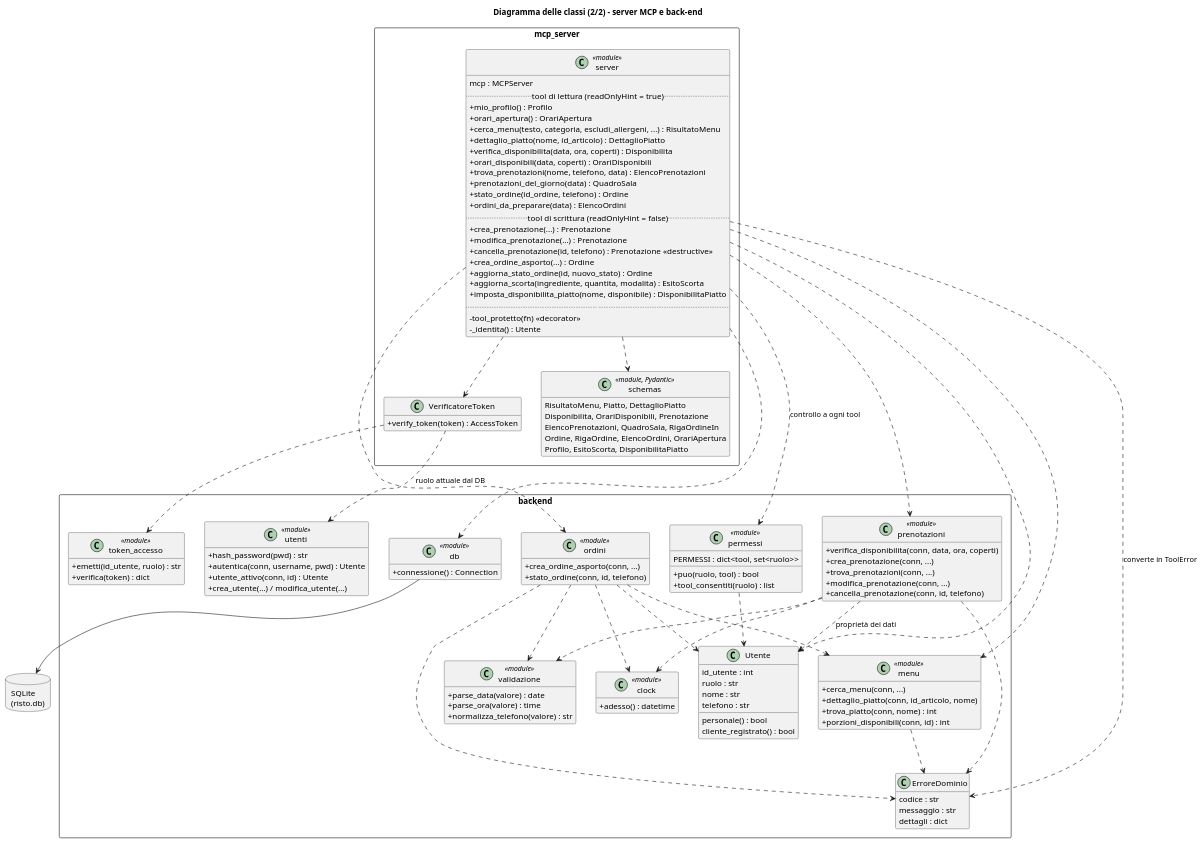
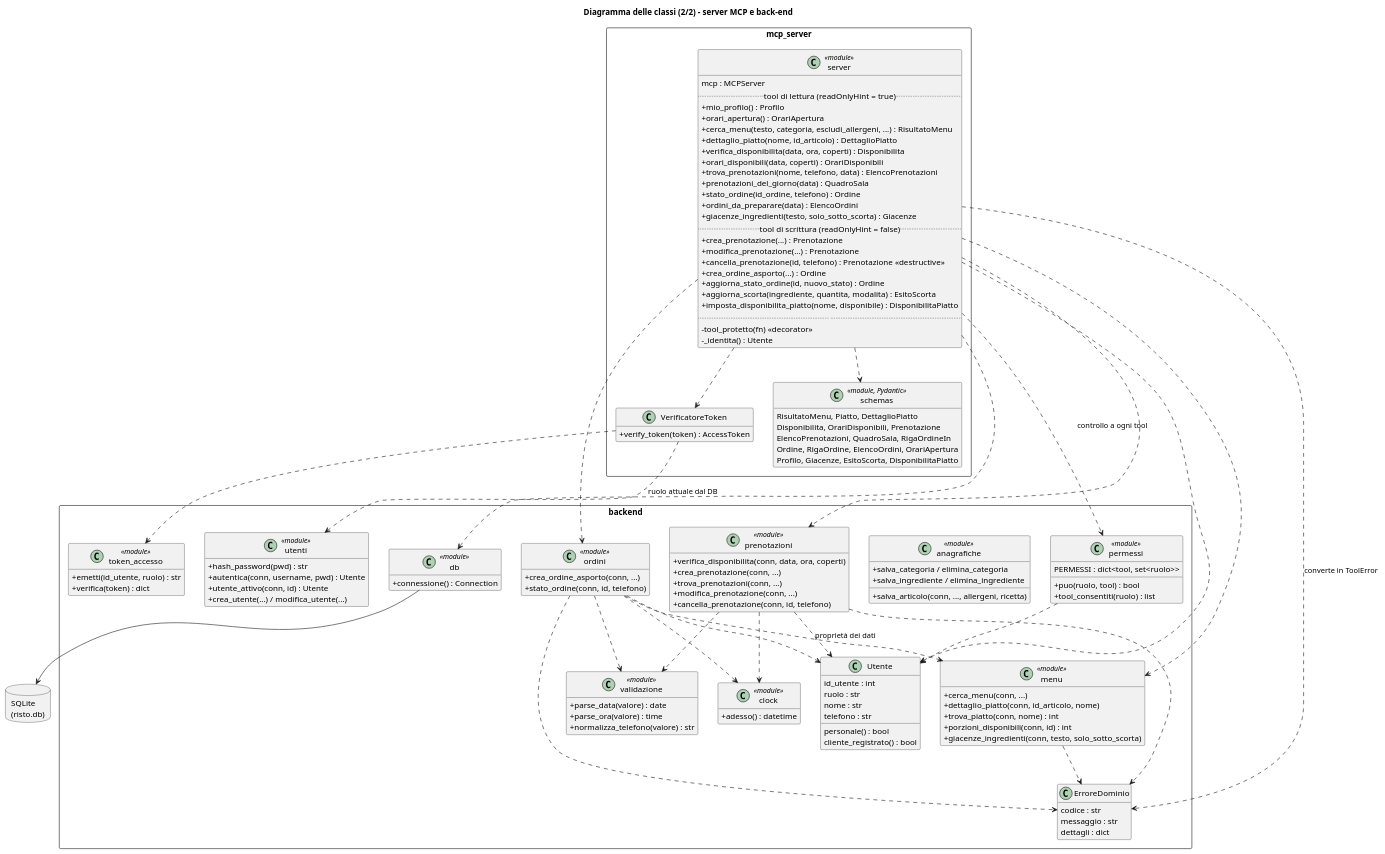
The diagram in docs/diagrammi/classi_server.puml (Gabrymarg/Gabrymarg-AI-MCP), drawn with PlantUML before and after one commit. The commit also changed 17 other files, not shown here.

First line of the commit message:
Tool giacenze_ingredienti e gestione di articoli, ingredienti e categorie

```diff
--- a/docs/diagrammi/classi_server.puml
+++ b/docs/diagrammi/classi_server.puml
@@ -1,131 +1,138 @@
 @startuml classi_server
 title Diagramma delle classi (2/2) - server MCP e back-end
 skinparam shadowing false
 skinparam classAttributeIconSize 0
 hide empty members
 allowmixing
 
 package "mcp_server" <<Rectangle>> {
   class server <<module>> {
     mcp : MCPServer
     .. tool di lettura (readOnlyHint = true) ..
     + mio_profilo() : Profilo
     + orari_apertura() : OrariApertura
     + cerca_menu(testo, categoria, escludi_allergeni, ...) : RisultatoMenu
     + dettaglio_piatto(nome, id_articolo) : DettaglioPiatto
     + verifica_disponibilita(data, ora, coperti) : Disponibilita
     + orari_disponibili(data, coperti) : OrariDisponibili
     + trova_prenotazioni(nome, telefono, data) : ElencoPrenotazioni
     + prenotazioni_del_giorno(data) : QuadroSala
     + stato_ordine(id_ordine, telefono) : Ordine
     + ordini_da_preparare(data) : ElencoOrdini
+    + giacenze_ingredienti(testo, solo_sotto_scorta) : Giacenze
     .. tool di scrittura (readOnlyHint = false) ..
     + crea_prenotazione(...) : Prenotazione
     + modifica_prenotazione(...) : Prenotazione
     + cancella_prenotazione(id, telefono) : Prenotazione <<destructive>>
     + crea_ordine_asporto(...) : Ordine
     + aggiorna_stato_ordine(id, nuovo_stato) : Ordine
     + aggiorna_scorta(ingrediente, quantita, modalita) : EsitoScorta
     + imposta_disponibilita_piatto(nome, disponibile) : DisponibilitaPiatto
     .. ..
     - tool_protetto(fn) <<decorator>>
     - _identita() : Utente
   }
   class VerificatoreToken {
     + verify_token(token) : AccessToken
   }
   class schemas <<module, Pydantic>> {
     RisultatoMenu, Piatto, DettaglioPiatto
     Disponibilita, OrariDisponibili, Prenotazione
     ElencoPrenotazioni, QuadroSala, RigaOrdineIn
     Ordine, RigaOrdine, ElencoOrdini, OrariApertura
-    Profilo, EsitoScorta, DisponibilitaPiatto
+    Profilo, Giacenze, EsitoScorta, DisponibilitaPiatto
   }
 }
 
 package "backend" <<Rectangle>> {
   class prenotazioni <<module>> {
     + verifica_disponibilita(conn, data, ora, coperti)
     + crea_prenotazione(conn, ...)
     + trova_prenotazioni(conn, ...)
     + modifica_prenotazione(conn, ...)
     + cancella_prenotazione(conn, id, telefono)
   }
   class menu <<module>> {
     + cerca_menu(conn, ...)
     + dettaglio_piatto(conn, id_articolo, nome)
     + trova_piatto(conn, nome) : int
     + porzioni_disponibili(conn, id) : int
+    + giacenze_ingredienti(conn, testo, solo_sotto_scorta)
+  }
+  class anagrafiche <<module>> {
+    + salva_categoria / elimina_categoria
+    + salva_ingrediente / elimina_ingrediente
+    + salva_articolo(conn, ..., allergeni, ricetta)
   }
   class ordini <<module>> {
     + crea_ordine_asporto(conn, ...)
     + stato_ordine(conn, id, telefono)
   }
   class validazione <<module>> {
     + parse_data(valore) : date
     + parse_ora(valore) : time
     + normalizza_telefono(valore) : str
   }
   class clock <<module>> {
     + adesso() : datetime
   }
   class db <<module>> {
     + connessione() : Connection
   }
   class ErroreDominio {
     codice : str
     messaggio : str
     dettagli : dict
   }
   class permessi <<module>> {
     PERMESSI : dict<tool, set<ruolo>>
     + puo(ruolo, tool) : bool
     + tool_consentiti(ruolo) : list
   }
   class Utente {
     id_utente : int
     ruolo : str
     nome : str
     telefono : str
     personale() : bool
     cliente_registrato() : bool
   }
   class utenti <<module>> {
     + hash_password(pwd) : str
     + autentica(conn, username, pwd) : Utente
     + utente_attivo(conn, id) : Utente
     + crea_utente(...) / modifica_utente(...)
   }
   class token_accesso <<module>> {
     + emetti(id_utente, ruolo) : str
     + verifica(token) : dict
   }
 }
 
 VerificatoreToken ..> token_accesso
 VerificatoreToken ..> utenti : ruolo attuale dal DB
 server ..> VerificatoreToken
 server ..> permessi : controllo a ogni tool
 server ..> Utente
 prenotazioni ..> Utente : proprietà dei dati
 ordini ..> Utente
 permessi ..> Utente
 
 database "SQLite\n(risto.db)" as DB
 
 server ..> schemas
 server ..> prenotazioni
 server ..> menu
 server ..> ordini
 server ..> db
 server ..> ErroreDominio : converte in ToolError
 prenotazioni ..> validazione
 ordini ..> validazione
 ordini ..> menu
 prenotazioni ..> clock
 ordini ..> clock
 prenotazioni ..> ErroreDominio
 menu ..> ErroreDominio
 ordini ..> ErroreDominio
 db --> DB
 @enduml
```
